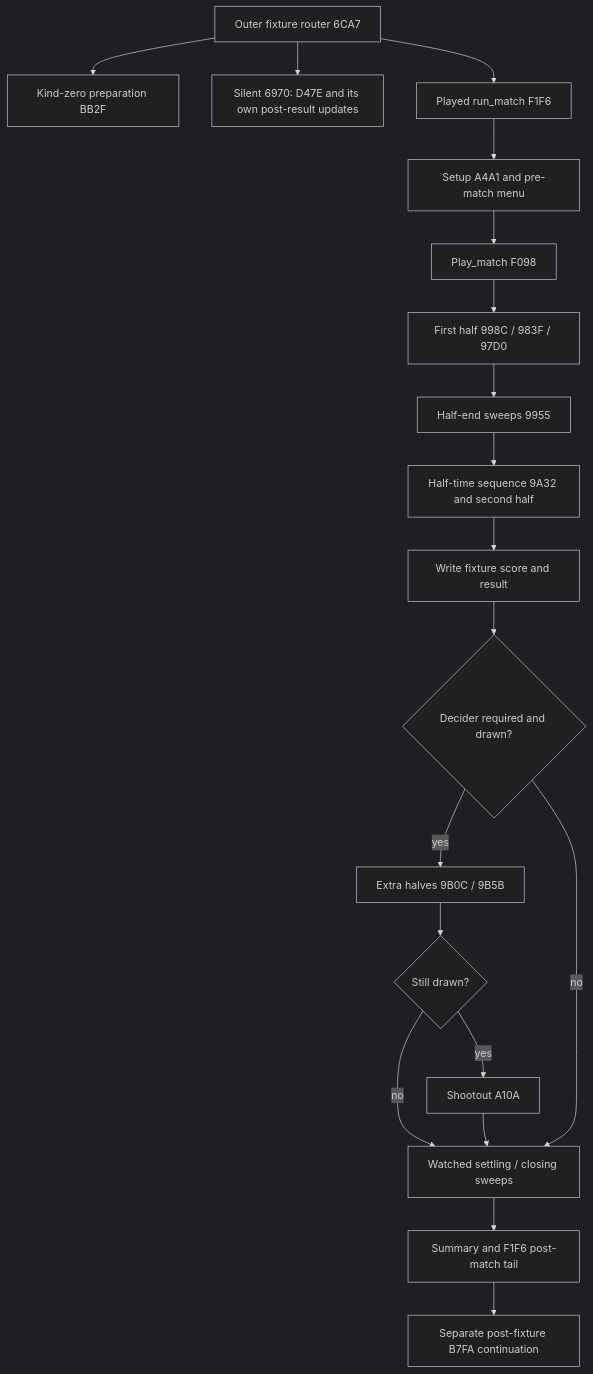
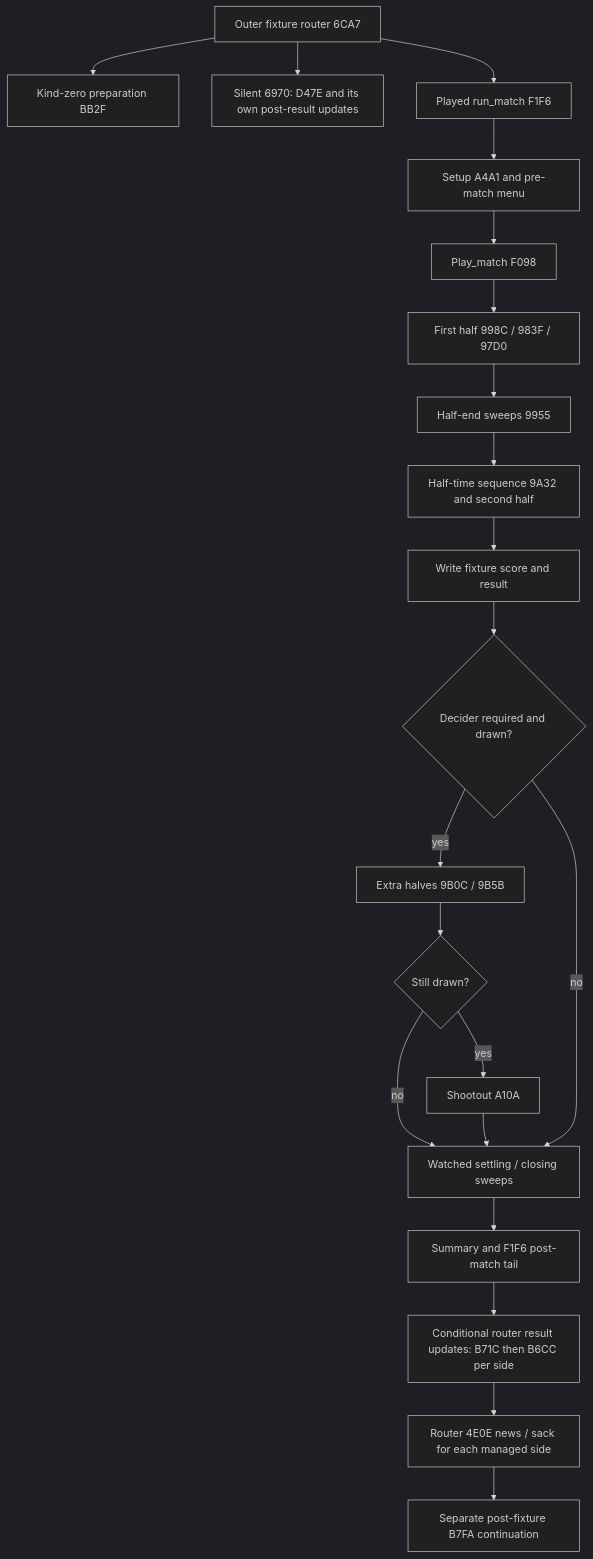
The first of 3 diagrams in docs/engine-study/match-flow.md (diegoami/goal2-archaeology), drawn with Mermaid (dark theme) before and after one commit. The commit also changed other lines of this file and 4 other files, not shown here.

````diff
--- a/docs/engine-study/match-flow.md
+++ b/docs/engine-study/match-flow.md
@@ -50,21 +50,23 @@
 ```mermaid
 flowchart TD
   R[Outer fixture router 6CA7] --> P[Kind-zero preparation BB2F]
   R --> S[Silent 6970: D47E and its own post-result updates]
   R --> M[Played run_match F1F6]
   M --> A[Setup A4A1 and pre-match menu]
   A --> F[Play_match F098]
   F --> H1[First half 998C / 983F / 97D0]
   H1 --> W[Half-end sweeps 9955]
   W --> H2[Half-time sequence 9A32 and second half]
   H2 --> C[Write fixture score and result]
   C --> D{Decider required and drawn?}
   D -- yes --> E[Extra halves 9B0C / 9B5B]
   E --> K{Still drawn?}
   K -- yes --> SO[Shootout A10A]
   K -- no --> END[Watched settling / closing sweeps]
   SO --> END
   D -- no --> END
   END --> T[Summary and F1F6 post-match tail]
-  T --> U[Separate post-fixture B7FA continuation]
+  T --> V[Conditional router result updates: B71C then B6CC per side]
+  V --> N[Router 4E0E news / sack for each managed side]
+  N --> U[Separate post-fixture B7FA continuation]
 ```
````
